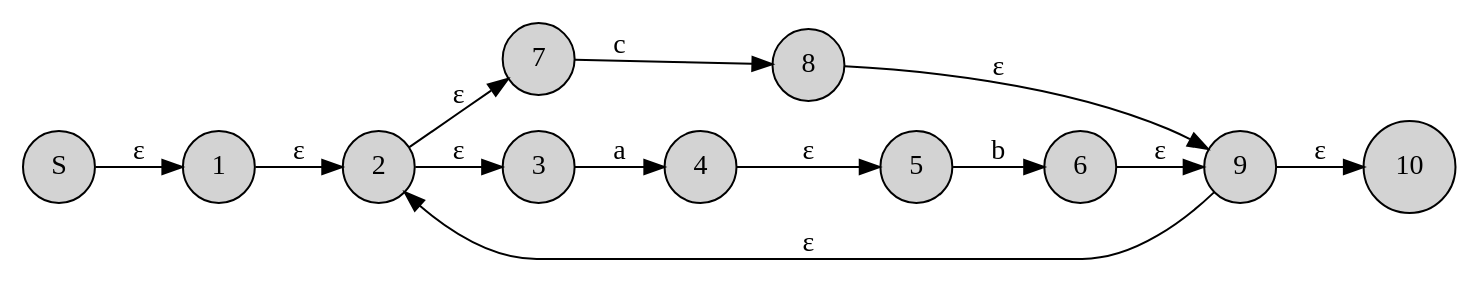
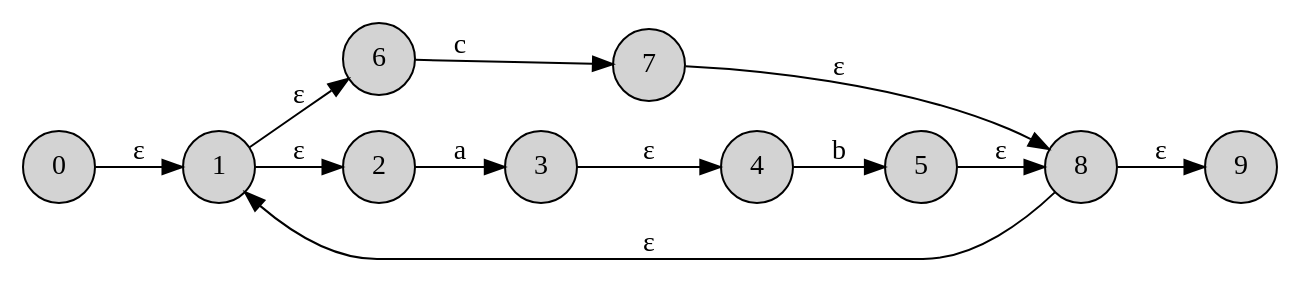
Before and after one commit to illusory0x0/containers.mbt: the diagram in automaton/__snapshot__/nfa_complex.dot, drawn with Graphviz. The commit also changed 15 other files, not shown here.

```diff
--- a/automaton/__snapshot__/nfa_complex.dot
+++ b/automaton/__snapshot__/nfa_complex.dot
@@ -1,28 +1,26 @@
 
 digraph {
 rankdir=LR;
 node [shape = circle; style = filled;];
 0->1[label="ε"];
-5->6[label="b"];
-4->5[label="ε"];
-7->8[label="c"];
-2->3[label="ε"];
-2->7[label="ε"];
-6->9[label="ε"];
+4->5[label="b"];
+3->4[label="ε"];
+6->7[label="c"];
+1->2[label="ε"];
+1->6[label="ε"];
+5->8[label="ε"];
+7->8[label="ε"];
+2->3[label="a"];
+8->1[label="ε"];
 8->9[label="ε"];
-1->2[label="ε"];
-9->2[label="ε"];
-9->10[label="ε"];
-3->4[label="a"];
+0 [label="0";]
+9 [label="9";]
 1 [label="1";]
-10 [label="10";]
+8 [label="8";]
 2 [label="2";]
-9 [label="9";]
 3 [label="3";]
 4 [label="4";]
 5 [label="5";]
 6 [label="6";]
 7 [label="7";]
-8 [label="8";]
-0 [label="S";]
 }
```
